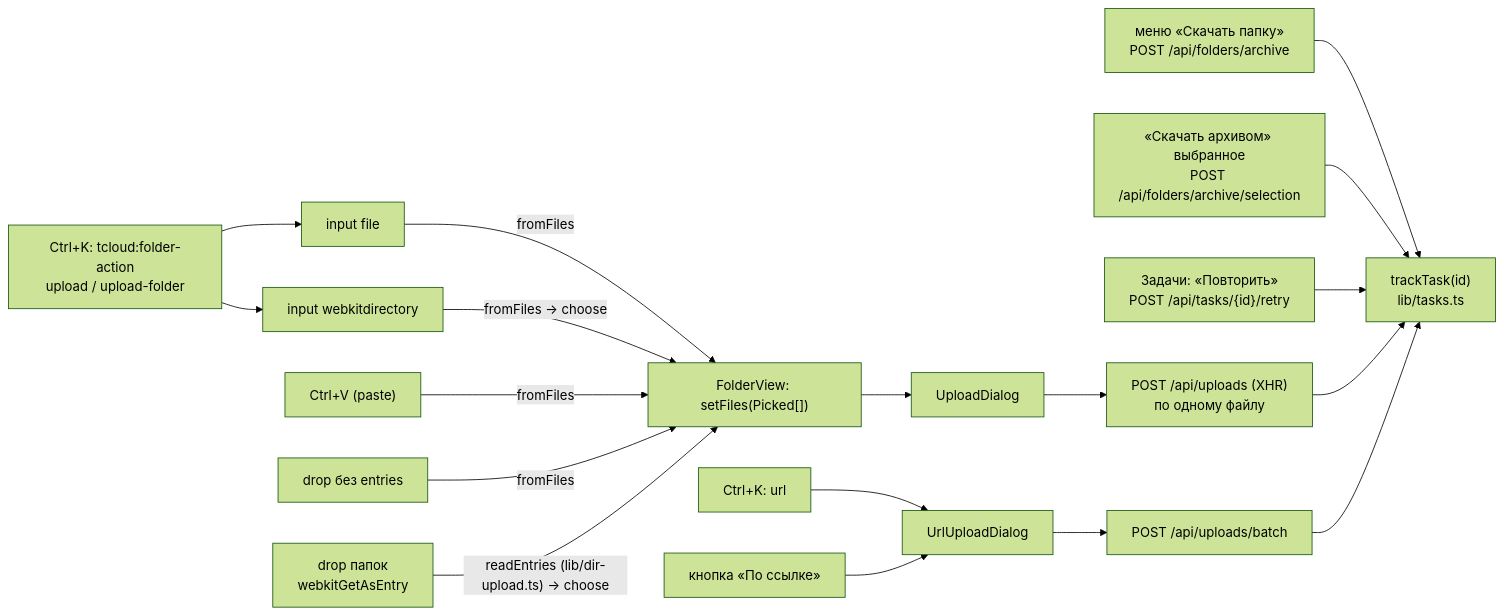
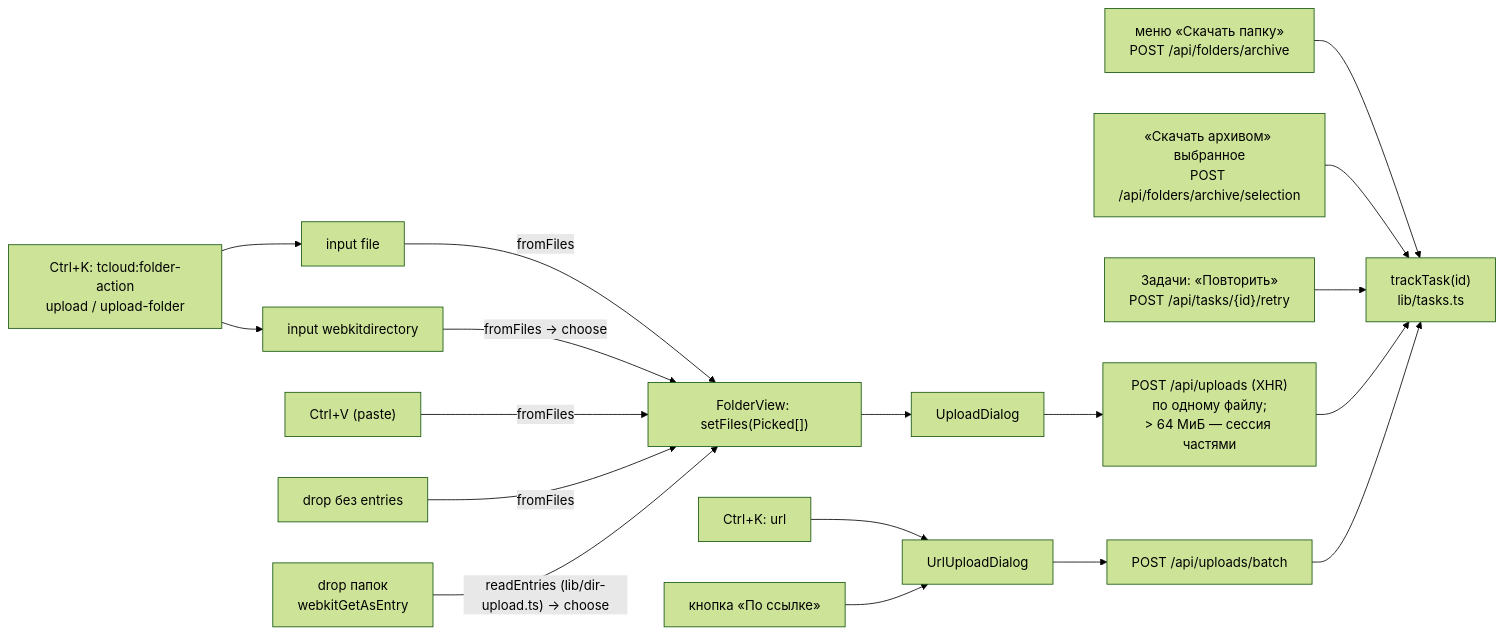
Before and after one commit to NikitkaZXC/tcloud-frontend: the first of 7 diagrams in docs/uploads-and-tasks.md, drawn with Mermaid (forest theme). The commit also changed other lines of this file and 13 other files, not shown here.

````diff
--- a/docs/uploads-and-tasks.md
+++ b/docs/uploads-and-tasks.md
@@ -14,20 +14,20 @@
 ```mermaid
 flowchart LR
     pick["input file"] -- fromFiles --> setFiles
     dir["input webkitdirectory"] -- "fromFiles → choose" --> setFiles
     paste["Ctrl+V (paste)"] -- fromFiles --> setFiles
     dropF["drop без entries"] -- fromFiles --> setFiles
     dropD["drop папок<br/>webkitGetAsEntry"] -- "readEntries (lib/dir-upload.ts) → choose" --> setFiles
     palette["Ctrl+K: tcloud:folder-action<br/>upload / upload-folder"] --> pick
     palette --> dir
     setFiles["FolderView: setFiles(Picked[])"] --> dialog["UploadDialog"]
     paletteUrl["Ctrl+K: url"] --> urlDialog["UrlUploadDialog"]
     btnUrl["кнопка «По ссылке»"] --> urlDialog
-    dialog --> xhr["POST /api/uploads (XHR)<br/>по одному файлу"]
+    dialog --> xhr["POST /api/uploads (XHR)<br/>по одному файлу;<br/>> 64 МиБ — сессия частями"]
     urlDialog --> batch["POST /api/uploads/batch"]
     archive["меню «Скачать папку»<br/>POST /api/folders/archive"] --> track
     sel["«Скачать архивом» выбранное<br/>POST /api/folders/archive/selection"] --> track
     retry["Задачи: «Повторить»<br/>POST /api/tasks/{id}/retry"] --> track
     xhr --> track["trackTask(id)<br/>lib/tasks.ts"]
     batch --> track
 ```
````
